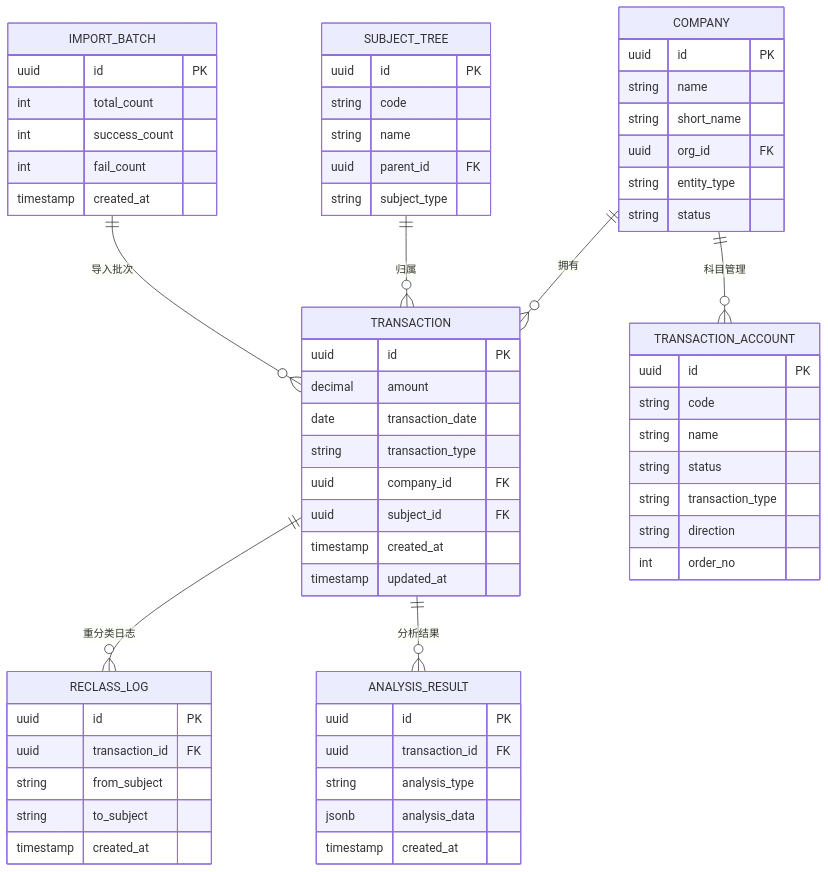
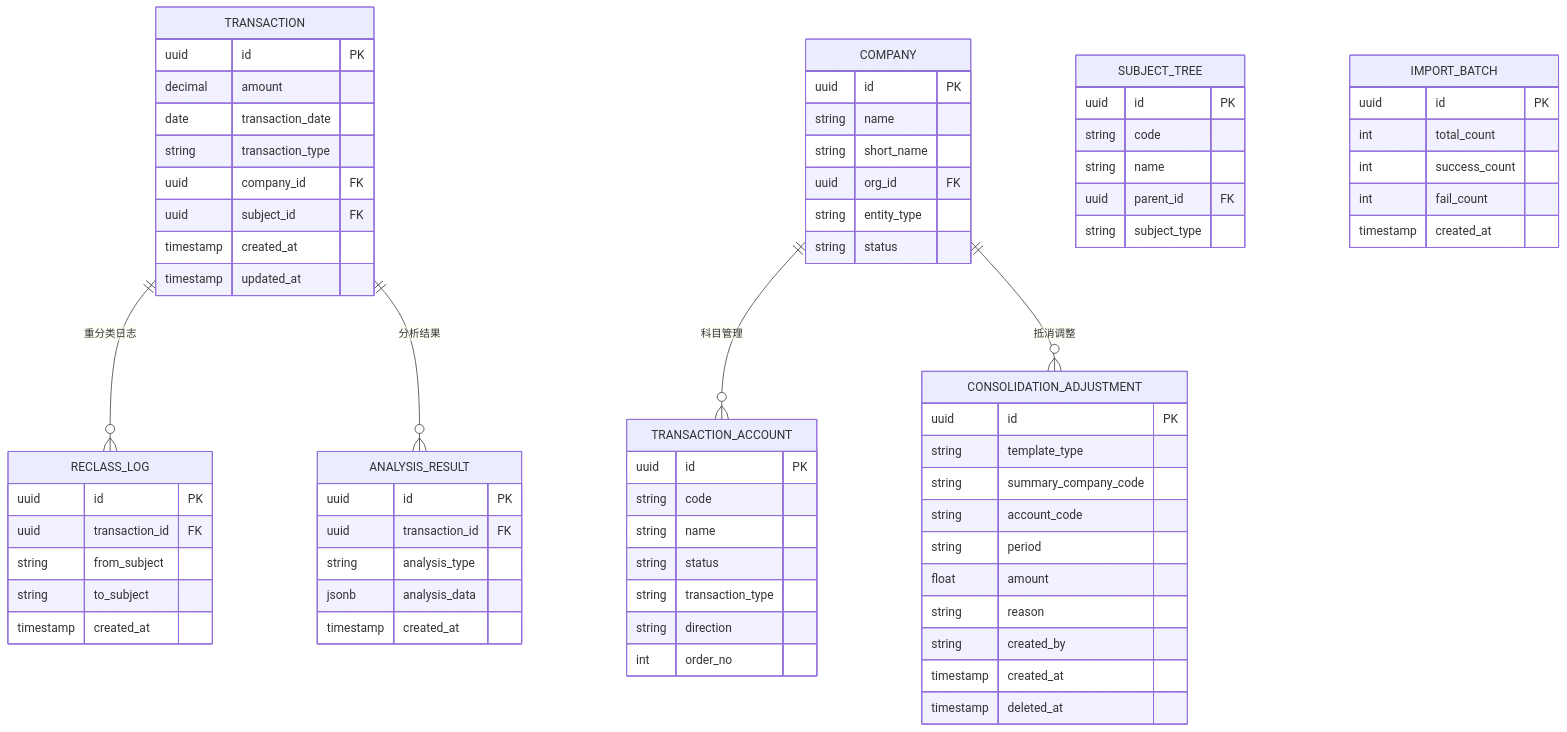
One commit to Damao997/newproject changed diagram 11 of 12 in .qoder/repowiki/zh/content/核心模块/交易分析模块.md. Above: the diagram before and after it, drawn with Mermaid. The commit also changed other lines of this file and 27 other files, not shown here.

````diff
--- a/.qoder/repowiki/zh/content/核心模块/交易分析模块.md
+++ b/.qoder/repowiki/zh/content/核心模块/交易分析模块.md
@@ -478,64 +574,74 @@
 ```mermaid
 erDiagram
 TRANSACTION {
 uuid id PK
 decimal amount
 date transaction_date
 string transaction_type
 uuid company_id FK
 uuid subject_id FK
 timestamp created_at
 timestamp updated_at
 }
 COMPANY {
 uuid id PK
 string name
 string short_name
 uuid org_id FK
 string entity_type
 string status
 }
 SUBJECT_TREE {
 uuid id PK
 string code
 string name
 uuid parent_id FK
 string subject_type
 }
 IMPORT_BATCH {
 uuid id PK
 int total_count
 int success_count
 int fail_count
 timestamp created_at
 }
 RECLASS_LOG {
 uuid id PK
 uuid transaction_id FK
 string from_subject
 string to_subject
 timestamp created_at
 }
 ANALYSIS_RESULT {
 uuid id PK
 uuid transaction_id FK
 string analysis_type
 jsonb analysis_data
 timestamp created_at
 }
 TRANSACTION_ACCOUNT {
 uuid id PK
 string code
 string name
 string status
 string transaction_type
 string direction
 int order_no
 }
-COMPANY ||--o{ TRANSACTION : "拥有"
-SUBJECT_TREE ||--o{ TRANSACTION : "归属"
-IMPORT_BATCH ||--o{ TRANSACTION : "导入批次"
+CONSOLIDATION_ADJUSTMENT {
+uuid id PK
+string template_type
+string summary_company_code
+string account_code
+string period
+float amount
+string reason
+string created_by
+timestamp created_at
+timestamp deleted_at
+}
 TRANSACTION ||--o{ RECLASS_LOG : "重分类日志"
 TRANSACTION ||--o{ ANALYSIS_RESULT : "分析结果"
 COMPANY ||--o{ TRANSACTION_ACCOUNT : "科目管理"
+COMPANY ||--o{ CONSOLIDATION_ADJUSTMENT : "抵消调整"
 ```
````
